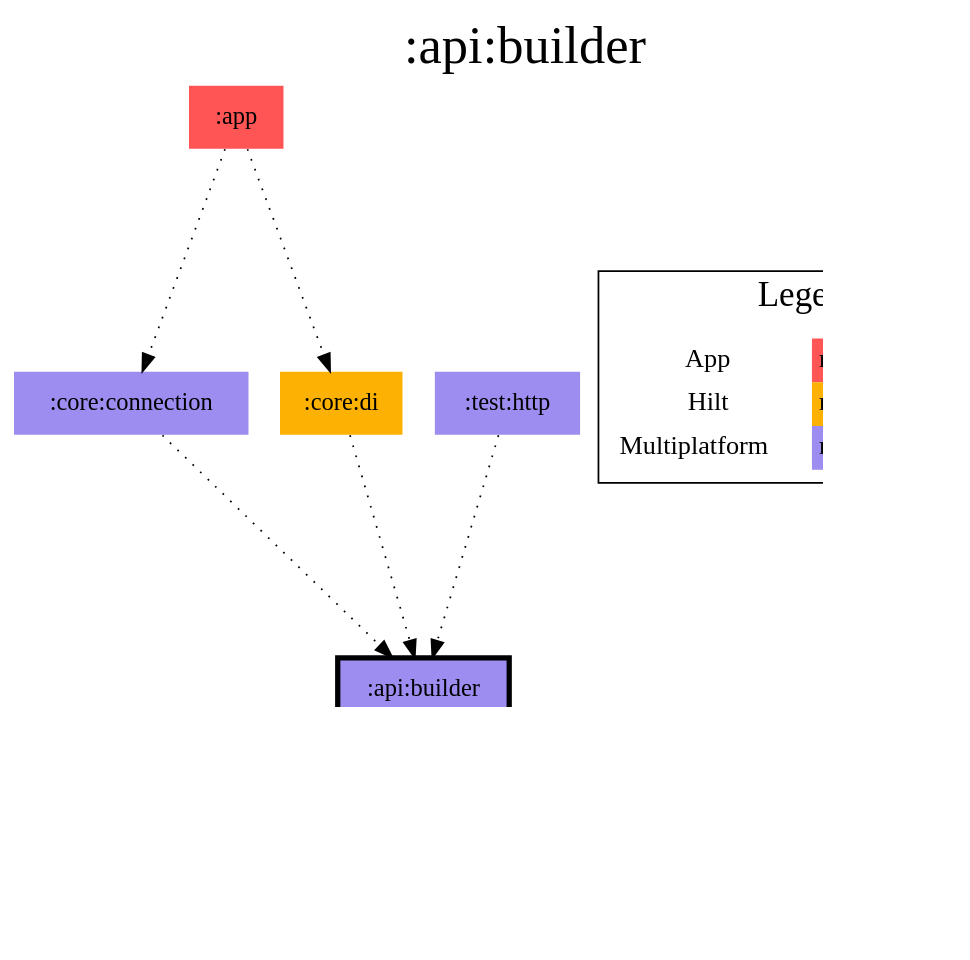
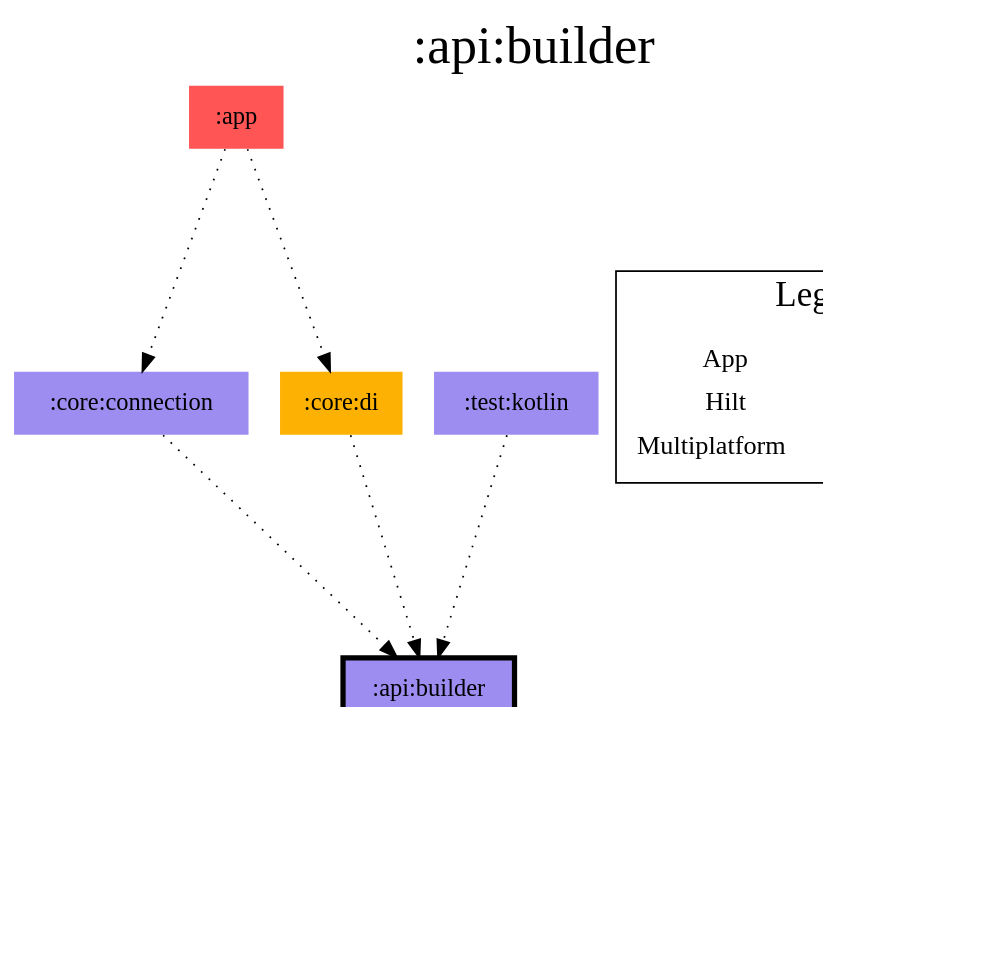
One commit to jonapoul/aktual changed the diagram in modules/api/builder/modules.dot. Above: the diagram before and after it, drawn with Graphviz. The commit also changed 88 other files, not shown here.

```diff
--- a/modules/api/builder/modules.dot
+++ b/modules/api/builder/modules.dot
@@ -1,33 +1,33 @@
 digraph {
 edge ["dir"="forward"]
 graph ["dpi"="100","label"=":api:builder","labelloc"="t","fontsize"="30","ranksep"="1.5","rankdir"="TB"]
 node ["style"="filled"]
 ":api:builder" ["fillcolor"="#9D8DF1","color"="black","penwidth"="3","shape"="box"]
 ":app" ["fillcolor"="#FF5555","shape"="none"]
 ":core:connection" ["fillcolor"="#9D8DF1","shape"="none"]
 ":core:di" ["fillcolor"="#FCB103","shape"="none"]
 ":core:model" ["fillcolor"="#9D8DF1","shape"="none"]
-":test:http" ["fillcolor"="#9D8DF1","shape"="none"]
+":test:kotlin" ["fillcolor"="#9D8DF1","shape"="none"]
 {
 edge ["dir"="none"]
 graph ["rank"="same"]
 ":api:builder"
 }
 ":api:builder" -> ":core:model"
 ":app" -> ":core:connection" ["style"="dotted"]
 ":app" -> ":core:di" ["style"="dotted"]
 ":core:connection" -> ":api:builder" ["style"="dotted"]
 ":core:di" -> ":api:builder" ["style"="dotted"]
-":test:http" -> ":api:builder" ["style"="dotted"]
+":test:kotlin" -> ":api:builder" ["style"="dotted"]
 subgraph "cluster_legend" {
 edge ["dir"="none"]
 graph ["label"="Legend","fontsize"="20"]
 "Legend" ["style"="filled","fillcolor"="#FFFFFF","shape"="none","margin"="0","fontsize"="15","label"=<
 <TABLE BORDER="0" CELLBORDER="0" CELLSPACING="0" CELLPADDING="4">
 <TR><TD>App</TD><TD BGCOLOR="#FF5555">module-name</TD></TR>
 <TR><TD>Hilt</TD><TD BGCOLOR="#FCB103">module-name</TD></TR>
 <TR><TD>Multiplatform</TD><TD BGCOLOR="#9D8DF1">module-name</TD></TR>
 </TABLE>
 >]
 } -> ":api:builder" ["style"="invis"]
 }
```
